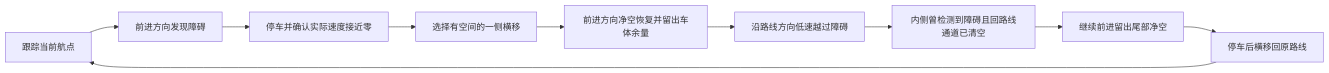
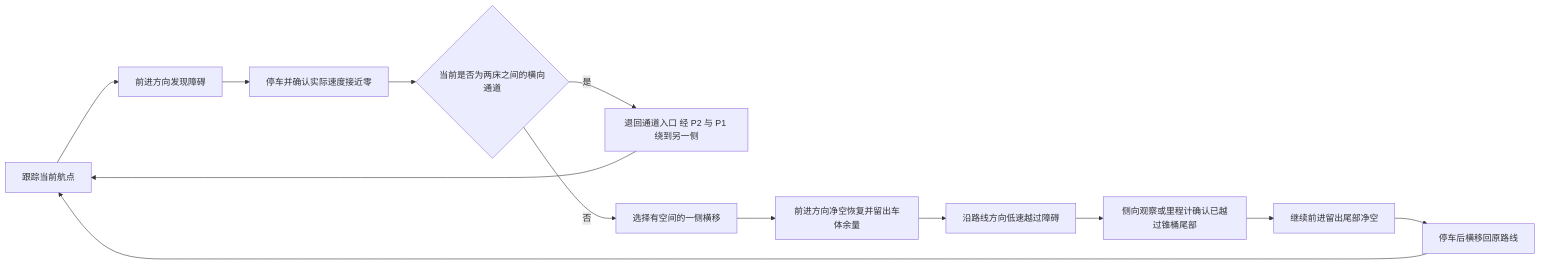
The diagram in docs/四路测距航点绕行.md (fire007012/ROS_WS), drawn with Mermaid before and after one commit. The commit also changed other lines of this file and 34 other files, not shown here.

````diff
--- a/docs/四路测距航点绕行.md
+++ b/docs/四路测距航点绕行.md
@@ -10,12 +11,15 @@
 ```mermaid
 flowchart LR
   A[跟踪当前航点] --> B[前进方向发现障碍]
   B --> C[停车并确认实际速度接近零]
-  C --> D[选择有空间的一侧横移]
+  C --> J{当前是否为两床之间的横向通道}
+  J -->|是| K[退回通道入口 经 P2 与 P1 绕到另一侧]
+  K --> A
+  J -->|否| D[选择有空间的一侧横移]
   D --> E[前进方向净空恢复并留出车体余量]
   E --> F[沿路线方向低速越过障碍]
-  F --> G[内侧曾检测到障碍且回路线通道已清空]
+  F --> G[侧向观察或里程计确认已越过锥桶尾部]
   G --> H[继续前进留出尾部净空]
   H --> I[停车后横移回原路线]
   I --> A
 ```
````
